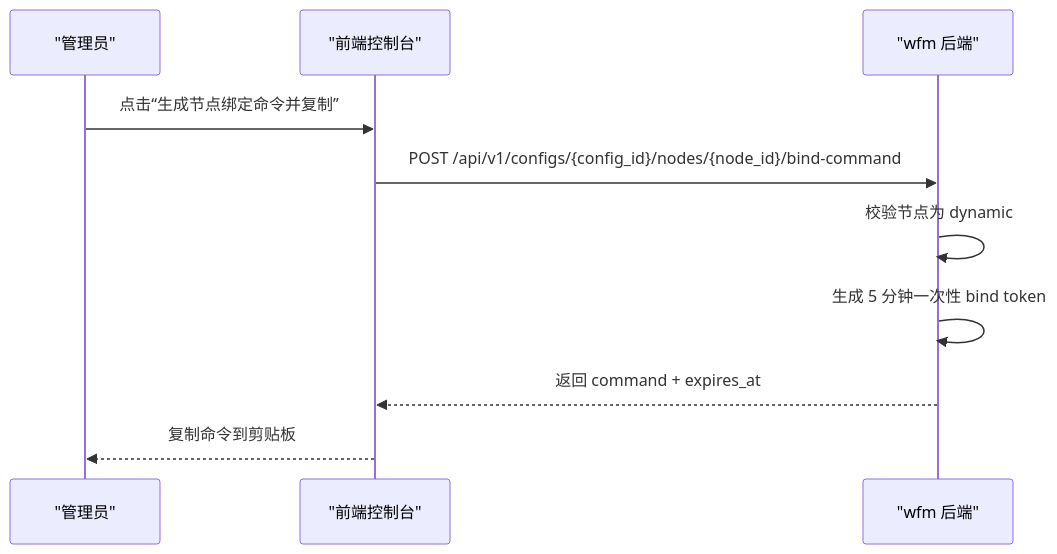
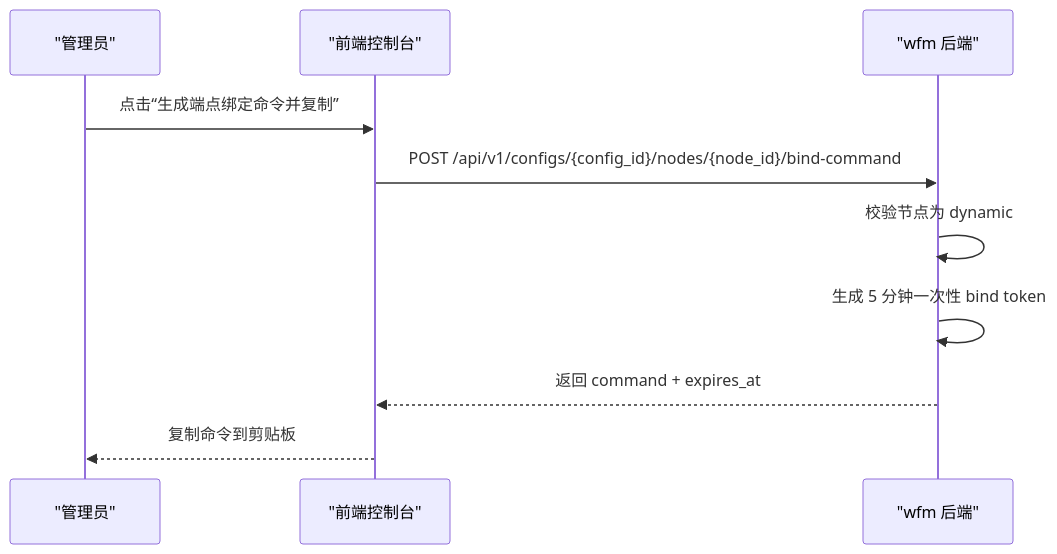
Before and after one commit to xinghenLuyus/wg-free-mesh: the first of 6 diagrams in docs/客户端接入时序设计.md, drawn with Mermaid. The commit also changed other lines of this file and 17 other files, not shown here.

````diff
--- a/docs/客户端接入时序设计.md
+++ b/docs/客户端接入时序设计.md
@@ -24,13 +25,13 @@
 ```mermaid
 sequenceDiagram
     participant U as "管理员"
     participant F as "前端控制台"
     participant B as "wfm 后端"
 
-    U->>F: 点击“生成节点绑定命令并复制”
+    U->>F: 点击“生成端点绑定命令并复制”
     F->>B: POST /api/v1/configs/{config_id}/nodes/{node_id}/bind-command
     B->>B: 校验节点为 dynamic
     B->>B: 生成 5 分钟一次性 bind token
     B-->>F: 返回 command + expires_at
     F-->>U: 复制命令到剪贴板
 ```
````
